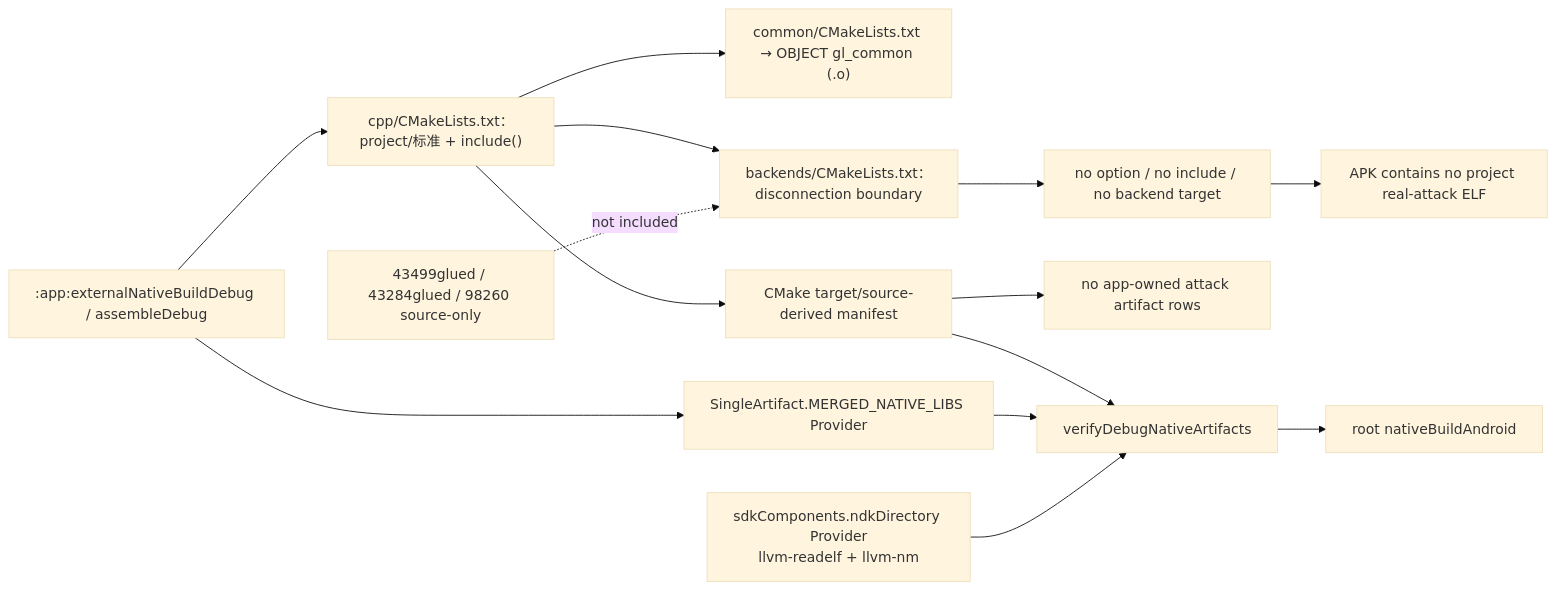
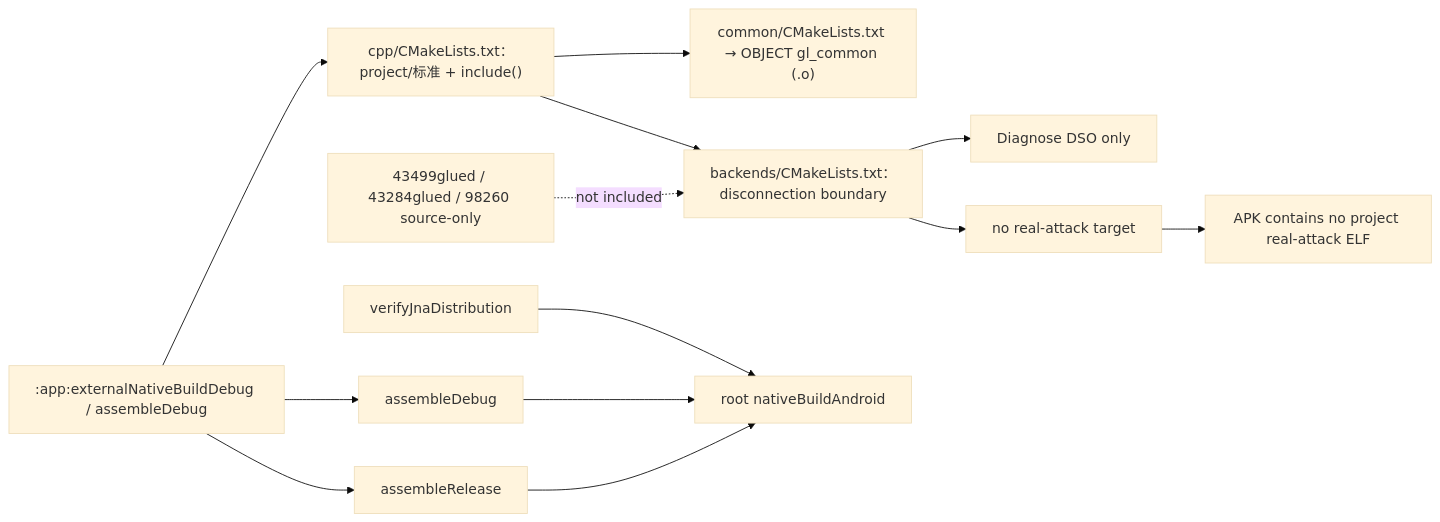
Diagram 32 of 56 in docs/development/full-process-uml.md (YuKongA/ghostlock-app), drawn with Mermaid (base theme) before and after one commit. The commit also changed other lines of this file and 100 other files, not shown here.

````diff
--- a/docs/development/full-process-uml.md
+++ b/docs/development/full-process-uml.md
@@ -1088,16 +1088,15 @@
 ```mermaid
 flowchart LR
   GRADLE[":app:externalNativeBuildDebug / assembleDebug"] --> ROOT["cpp/CMakeLists.txt：project/标准 + include()"]
   ROOT --> COMMON["common/CMakeLists.txt → OBJECT gl_common (.o)"]
   ROOT --> BACKENDS["backends/CMakeLists.txt：disconnection boundary"]
-  BACKENDS --> NONE["no option / no include / no backend target"]
+  BACKENDS --> DIAGNOSE["Diagnose DSO only"]
+  BACKENDS --> NONE["no real-attack target"]
   SRC["43499glued / 43284glued / 98260 source-only"] -. not included .-> BACKENDS
-  ROOT --> MANIFEST["CMake target/source-derived manifest"]
-  MANIFEST --> EXPECT["no app-owned attack artifact rows"]
-  GRADLE --> MERGE["SingleArtifact.MERGED_NATIVE_LIBS Provider"]
-  MANIFEST --> VERIFY["verifyDebugNativeArtifacts"]
-  MERGE --> VERIFY
-  NDK["sdkComponents.ndkDirectory Provider<br/>llvm-readelf + llvm-nm"] --> VERIFY
-  VERIFY --> ROOT_GATE["root nativeBuildAndroid"]
+  GRADLE --> DEBUG["assembleDebug"]
+  GRADLE --> RELEASE["assembleRelease"]
+  JNA["verifyJnaDistribution"] --> ROOT_GATE["root nativeBuildAndroid"]
+  DEBUG --> ROOT_GATE
+  RELEASE --> ROOT_GATE
   NONE --> APK["APK contains no project real-attack ELF"]
 ```
````
